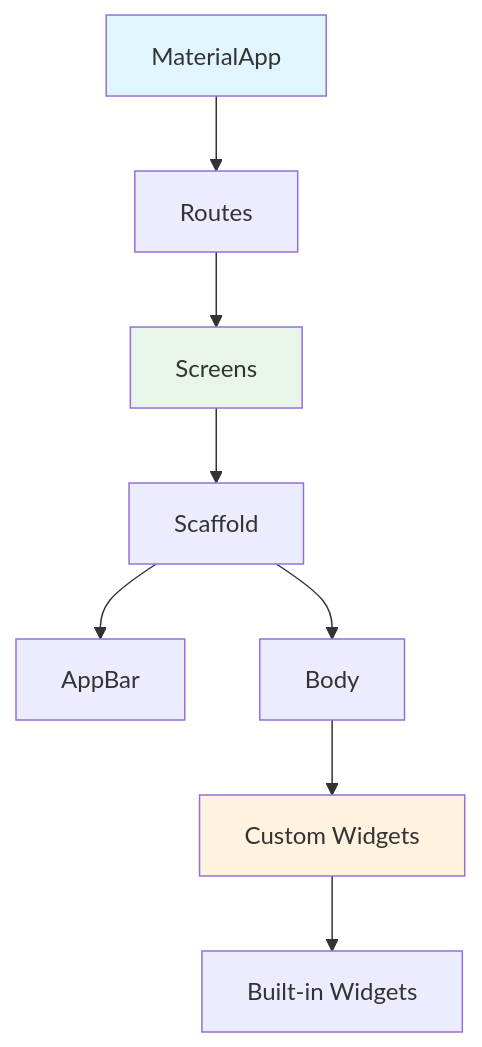
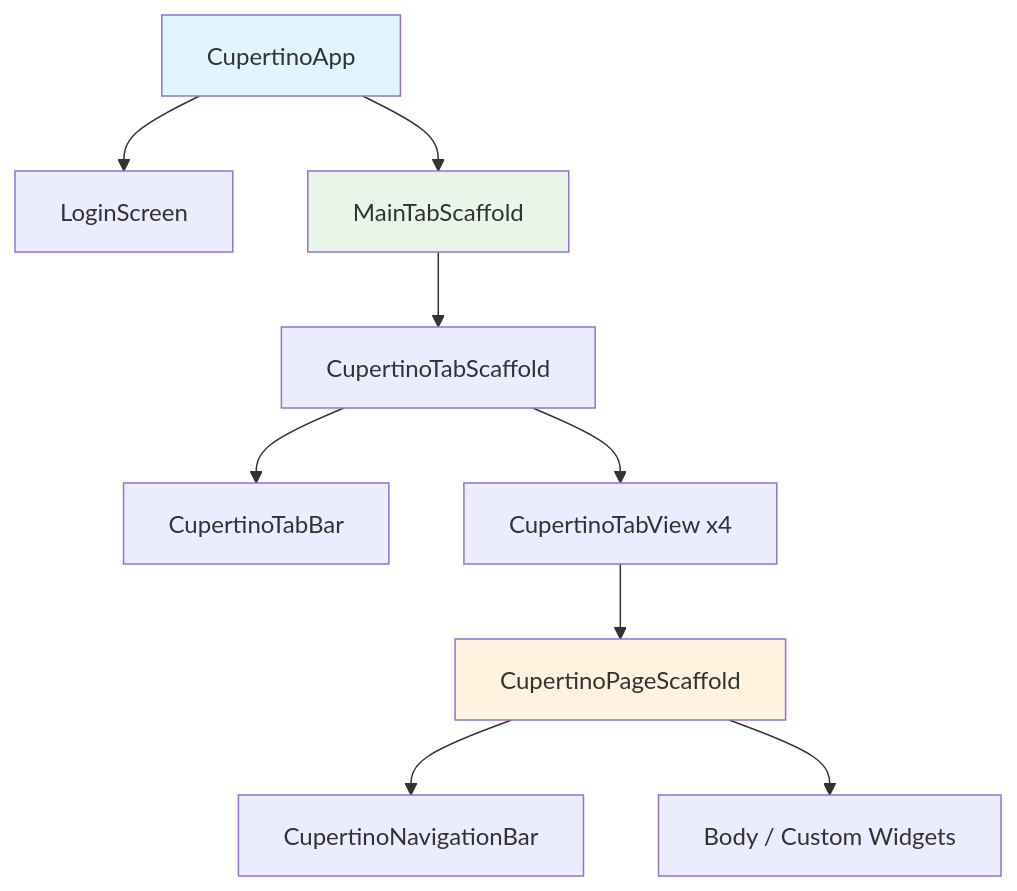
One commit to rafaelchuco/Tienda-Movil changed the sixth of 7 diagrams in docs/ARCHITECTURE.md. Above: the diagram before and after it, drawn with Mermaid. The commit also changed other lines of this file and 5 other files, not shown here.

Commit message:
Migrar la aplicación de Material Design a Cupertino, actualizando componentes y navegación para un estilo iOS nativo

````diff
--- a/docs/ARCHITECTURE.md
+++ b/docs/ARCHITECTURE.md
@@ -274,14 +276,15 @@
 ```mermaid
 graph TB
-    A[MaterialApp] --> B[Routes]
-    B --> C[Screens]
-    C --> D[Scaffold]
-    D --> E[AppBar]
-    D --> F[Body]
-    F --> G[Custom Widgets]
-    G --> H[Built-in Widgets]
+    A[CupertinoApp] --> B[LoginScreen]
+    A --> C[MainTabScaffold]
+    C --> D[CupertinoTabScaffold]
+    D --> E[CupertinoTabBar]
+    D --> F[CupertinoTabView x4]
+    F --> G[CupertinoPageScaffold]
+    G --> H[CupertinoNavigationBar]
+    G --> I[Body / Custom Widgets]
     
     style A fill:#e1f5fe
     style C fill:#e8f5e9
     style G fill:#fff3e0
 ```
````
